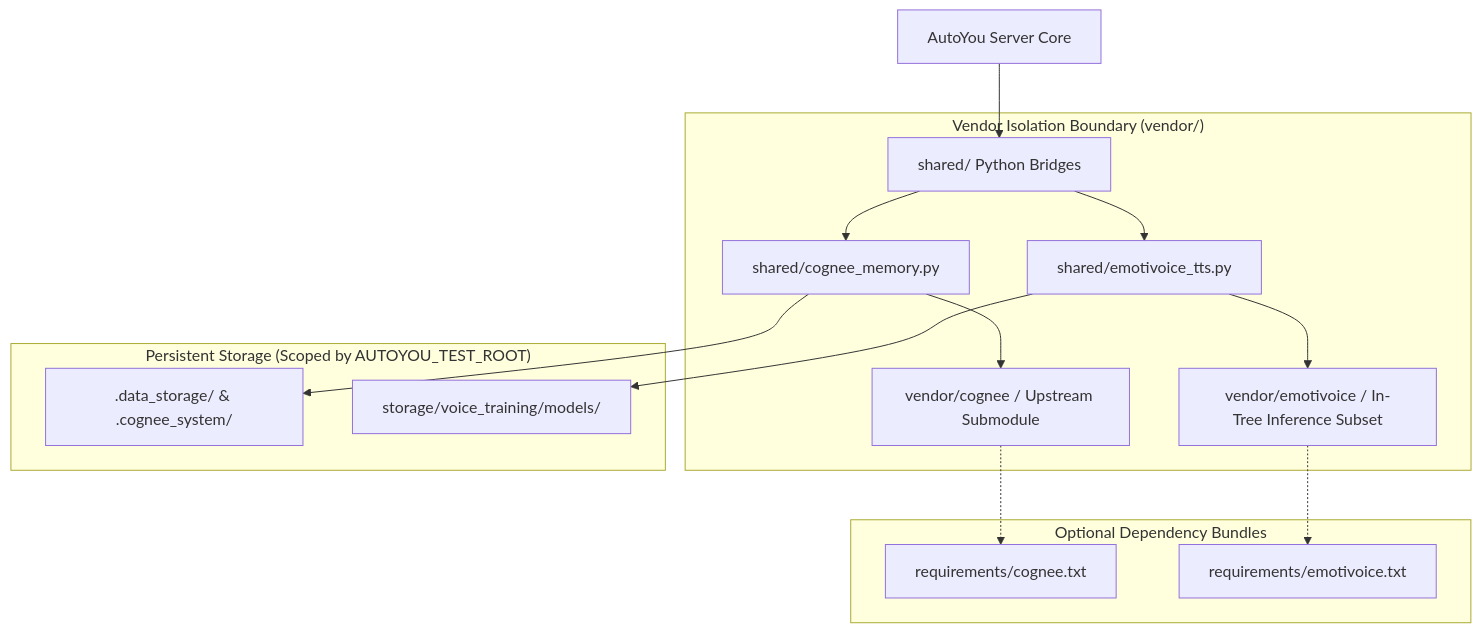
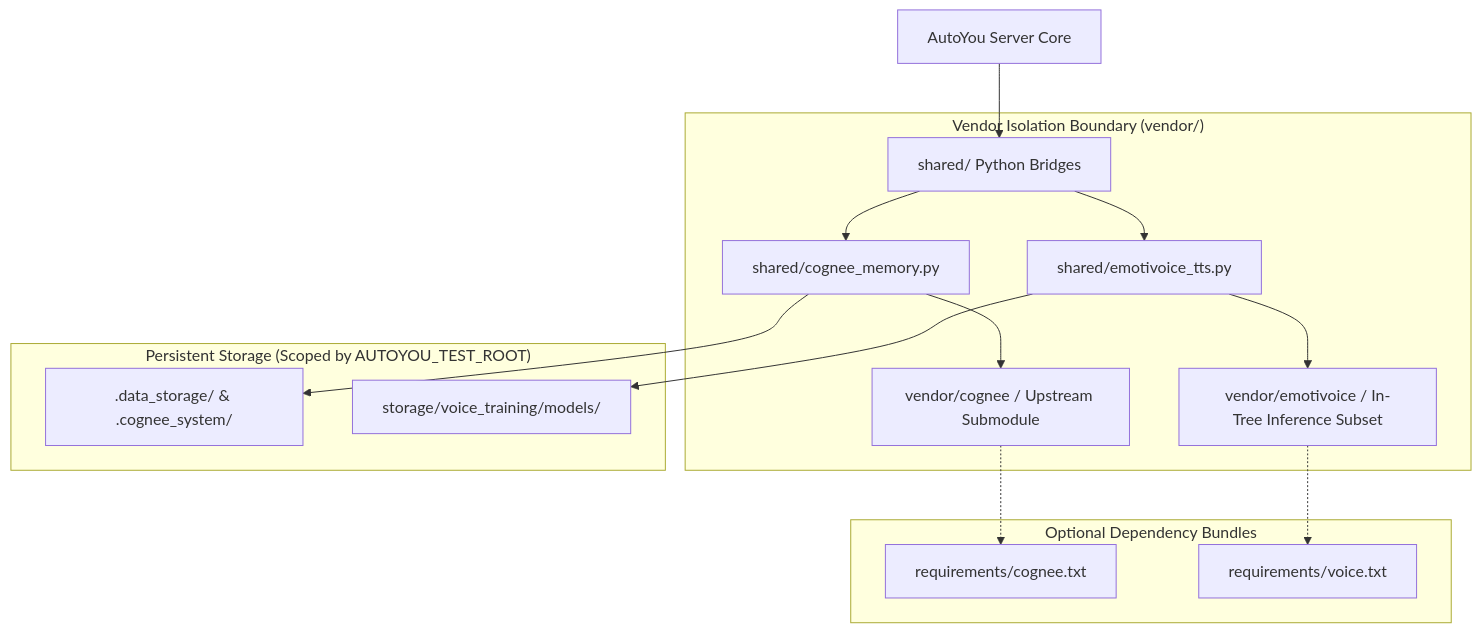
Before and after one commit to autoyou-ai/AutoYou-Server: the first of 2 diagrams in docs/agent-framework/vendor-and-memory.mdx, drawn with Mermaid. The commit also changed 64 other files, not shown here.

````diff
--- a/docs/agent-framework/vendor-and-memory.mdx
+++ b/docs/agent-framework/vendor-and-memory.mdx
@@ -12,22 +12,22 @@
 ```mermaid
 graph TD
     CoreServer[AutoYou Server Core] --> SharedBridge[shared/ Python Bridges]
     
     subgraph "Vendor Isolation Boundary (vendor/)"
         SharedBridge --> CogneeBridge[shared/cognee_memory.py]
         CogneeBridge --> CogneeVendor[vendor/cognee / Upstream Submodule]
         
         SharedBridge --> EmotiBridge[shared/emotivoice_tts.py]
         EmotiBridge --> EmotiVendor[vendor/emotivoice / In-Tree Inference Subset]
     end
 
     subgraph "Optional Dependency Bundles"
         CogneeVendor -.-> CogneeReqs[requirements/cognee.txt]
-        EmotiVendor -.-> EmotiReqs[requirements/emotivoice.txt]
+        EmotiVendor -.-> EmotiReqs[requirements/voice.txt]
     end
 
     subgraph "Persistent Storage (Scoped by AUTOYOU_TEST_ROOT)"
         CogneeBridge --> CogneeStorage[.data_storage/ & .cognee_system/]
         EmotiBridge --> VoiceStorage[storage/voice_training/models/]
     end
 ```
````
